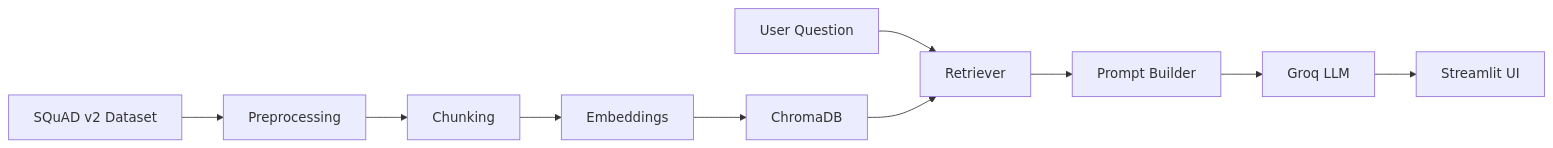
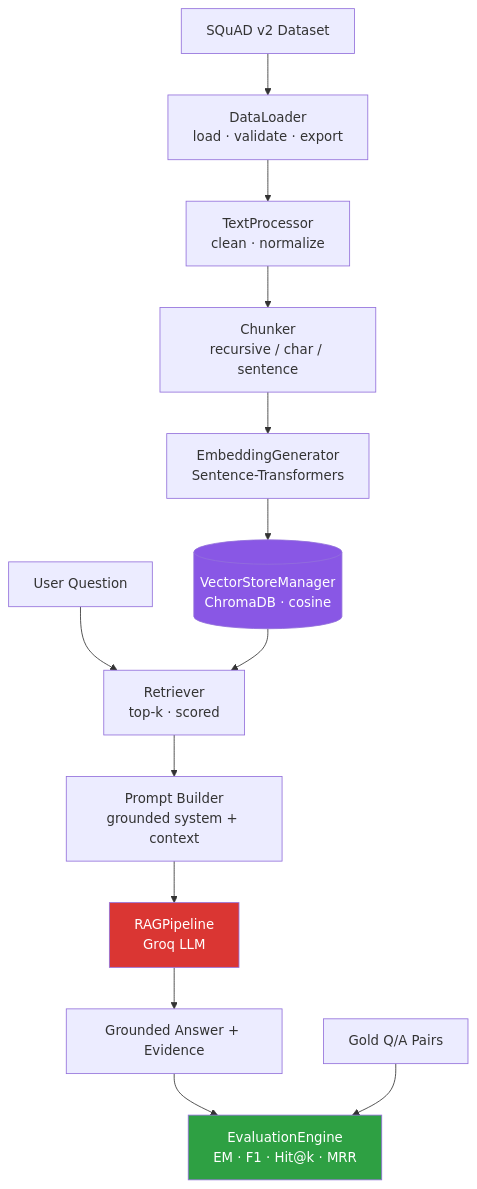
Before and after one commit to aml-wajeh/VERIDEX_The-Archive: the diagram in README.md, drawn with Mermaid. The commit also changed other lines of this file and 28 other files, not shown here.

````diff
--- a/README.md
+++ b/README.md
@@ -41,12 +56,19 @@
 ```mermaid
-flowchart LR
-    A[SQuAD v2 Dataset] --> B[Preprocessing]
-    B --> C[Chunking]
-    C --> D[Embeddings]
-    D --> E[ChromaDB]
-    F[User Question] --> G[Retriever]
-    E --> G
-    G --> H[Prompt Builder]
-    H --> I[Groq LLM]
-    I --> J[Streamlit UI]
+flowchart TD
+    A[SQuAD v2 Dataset] --> B[DataLoader<br/>load · validate · export]
+    B --> C[TextProcessor<br/>clean · normalize]
+    C --> D[Chunker<br/>recursive / char / sentence]
+    D --> E[EmbeddingGenerator<br/>Sentence-Transformers]
+    E --> F[(VectorStoreManager<br/>ChromaDB · cosine)]
+    Q[User Question] --> R[Retriever<br/>top-k · scored]
+    F --> R
+    R --> P[Prompt Builder<br/>grounded system + context]
+    P --> G[RAGPipeline<br/>Groq LLM]
+    G --> J[Grounded Answer + Evidence]
+    J --> EV[EvaluationEngine<br/>EM · F1 · Hit@k · MRR]
+    GV[Gold Q/A Pairs] --> EV
+
+    style F fill:#8957e5,color:#fff
+    style G fill:#da3633,color:#fff
+    style EV fill:#2ea043,color:#fff
 ```
````
